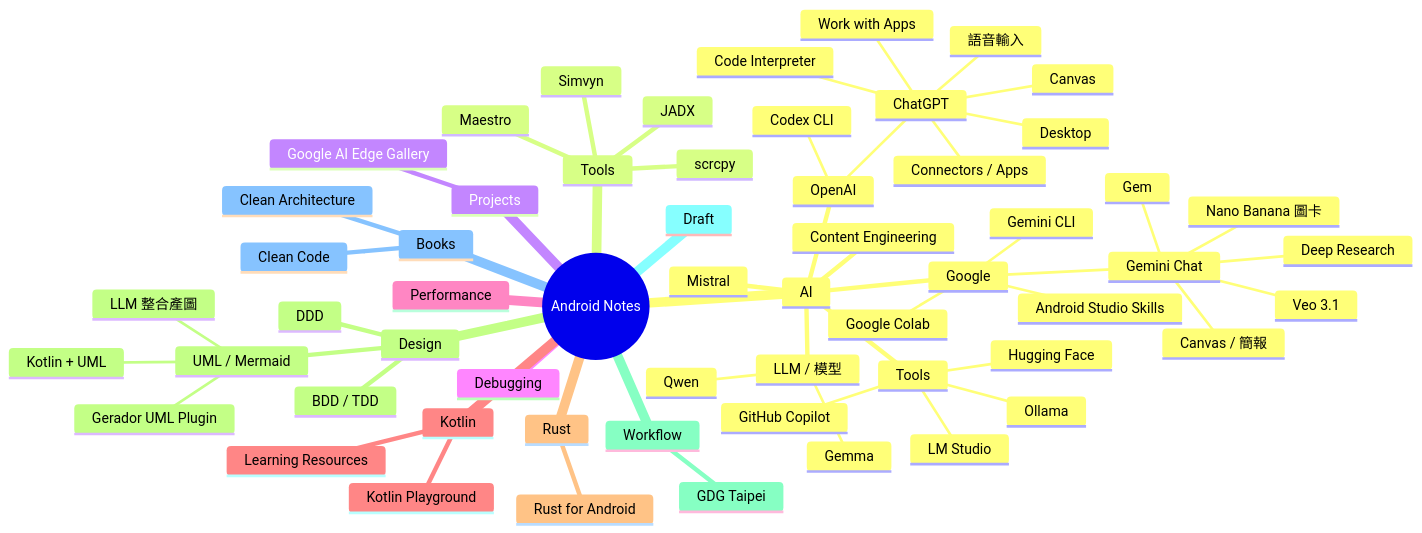
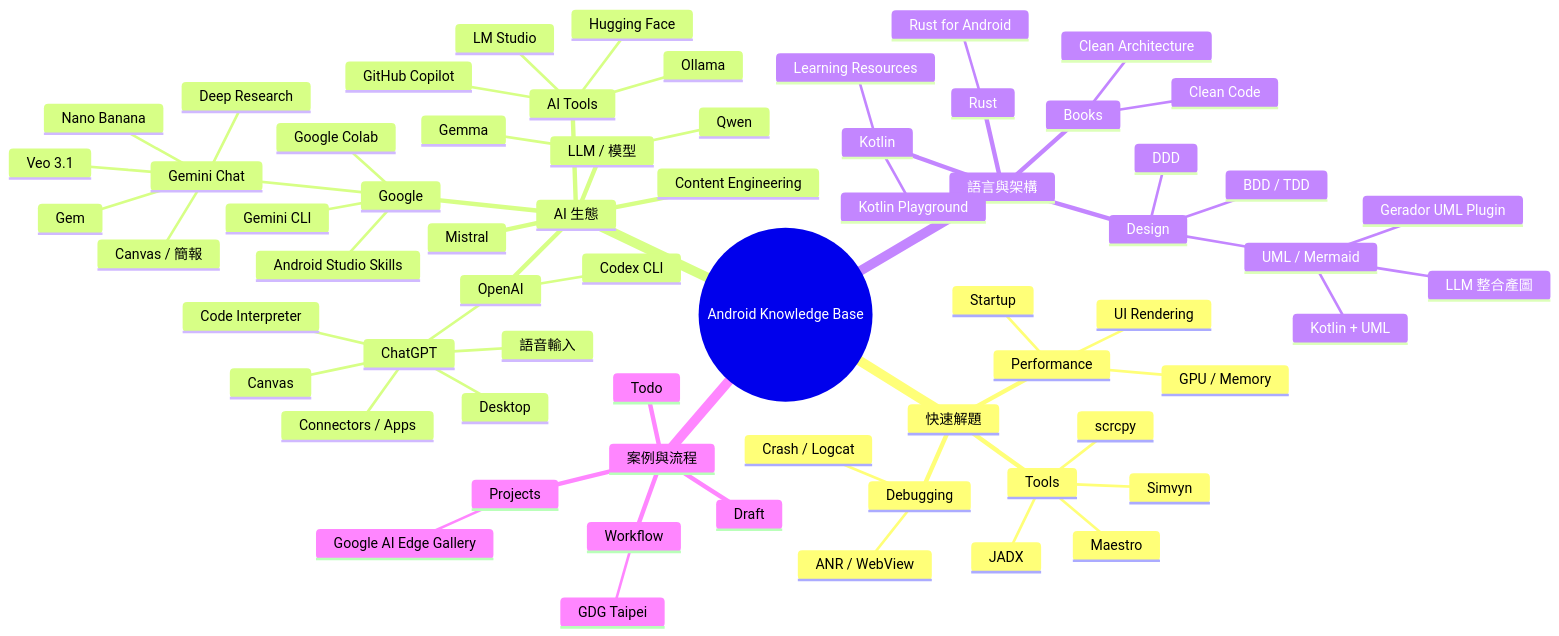
The first of 4 diagrams in index.md (icools/android), drawn with Mermaid before and after one commit. The commit also changed other lines of this file, not shown here.

Commit message:
Enhance index Mermaid visualizations

```diff
--- a/index.md
+++ b/index.md
@@ -25,61 +25,69 @@
 <pre class="mermaid">
 mindmap
-  root((Android Notes))
-    AI
+  root((Android Knowledge Base))
+    快速解題
+      Tools
+        scrcpy
+        Maestro
+        JADX
+        Simvyn
+      Debugging
+        Crash / Logcat
+        ANR / WebView
+      Performance
+        Startup
+        UI Rendering
+        GPU / Memory
+    AI 生態
       OpenAI
         Codex CLI
         ChatGPT
           Code Interpreter
           Canvas
           Connectors / Apps
-          Work with Apps
           Desktop
           語音輸入
       Google
         Gemini CLI
         Gemini Chat
           Canvas / 簡報
           Deep Research
           Veo 3.1
-          Nano Banana 圖卡
+          Nano Banana
           Gem
         Android Studio Skills
         Google Colab
       Mistral
       LLM / 模型
         Gemma
         Qwen
-      Tools
+      AI Tools
         GitHub Copilot
         Hugging Face
         LM Studio
         Ollama
       Content Engineering
-    Tools
-      scrcpy
-      Maestro
-      JADX
-      Simvyn
-    Projects
-      Google AI Edge Gallery
-    Debugging
-    Performance
-    Kotlin
-      Learning Resources
-      Kotlin Playground
-    Rust
-      Rust for Android
-    Design
-      BDD / TDD
-      DDD
-      UML / Mermaid
-        Kotlin + UML
-        LLM 整合產圖
-        Gerador UML Plugin
-    Workflow
-      GDG Taipei
-    Draft
-    Books
-      Clean Code
-      Clean Architecture
+    語言與架構
+      Kotlin
+        Learning Resources
+        Kotlin Playground
+      Rust
+        Rust for Android
+      Design
+        BDD / TDD
+        DDD
+        UML / Mermaid
+          Kotlin + UML
+          LLM 整合產圖
+          Gerador UML Plugin
+      Books
+        Clean Code
+        Clean Architecture
+    案例與流程
+      Projects
+        Google AI Edge Gallery
+      Workflow
+        GDG Taipei
+      Draft
+      Todo
 </pre>
```
